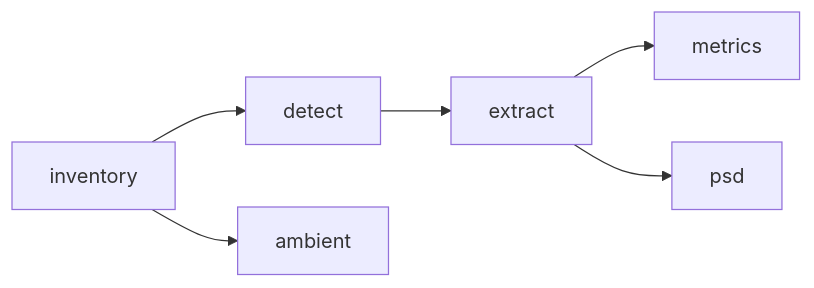
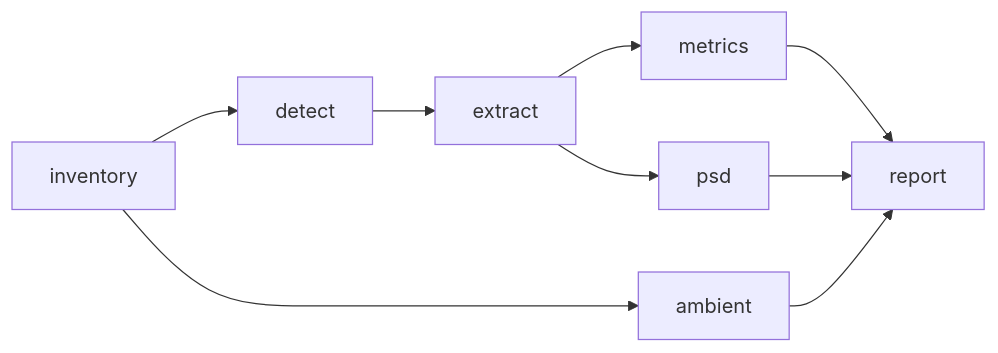
One commit to NeptuneProjects/RODEO-II_Construction-Soundscape changed the diagram in README.md. Above: the diagram before and after it, drawn with Mermaid. The commit also changed other lines of this file and 5 other files, not shown here.

````diff
--- a/README.md
+++ b/README.md
@@ -20,6 +20,9 @@
 ```mermaid
 graph LR
    A[inventory] --> B[detect] --> C[extract] --> D[metrics]
    C --> E[psd]
    A --> F[ambient]
+   D --> G[report]
+   E --> G
+   F --> G
 ```
````
